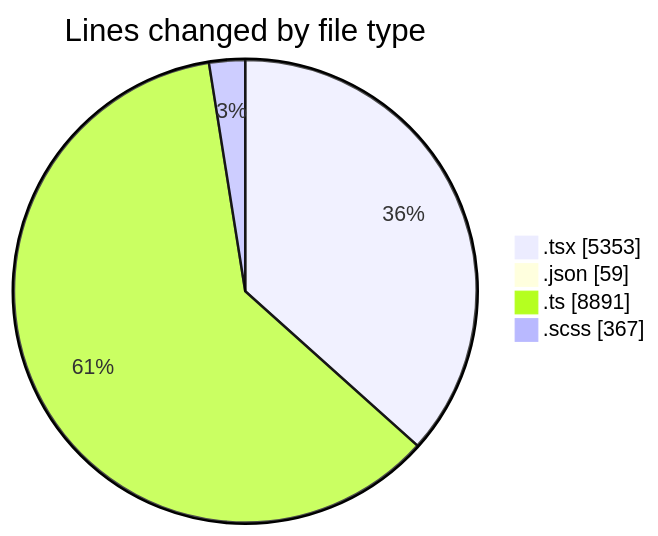
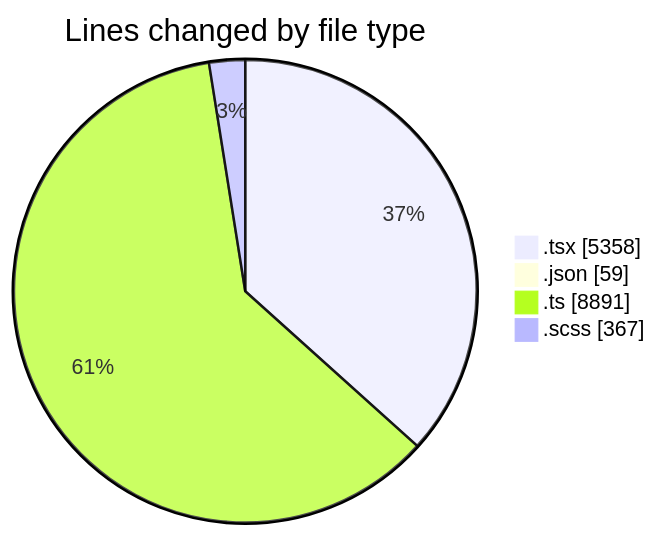
The first of 2 diagrams in 2025-11-24/cda/README.md (momahboobian/code-tracking), drawn with Mermaid before and after one commit. The commit also changed other lines of this file and 1 other file, not shown here.

````diff
--- a/2025-11-24/cda/README.md
+++ b/2025-11-24/cda/README.md
@@ -37,8 +37,8 @@
 ```mermaid
 pie showData
 title Lines changed by file type
-".tsx" : 5353
+".tsx" : 5358
 ".json" : 59
 ".ts" : 8891
 ".scss" : 367
 ```
````
